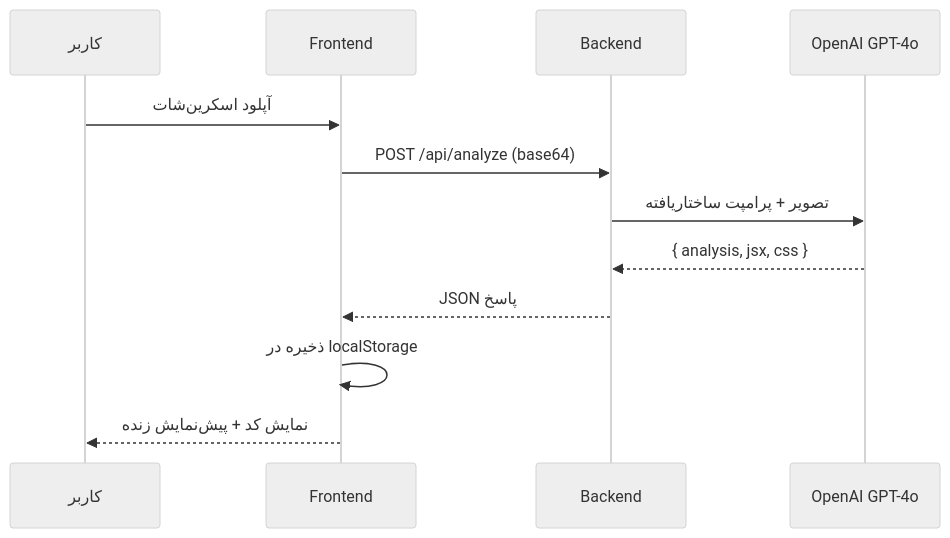
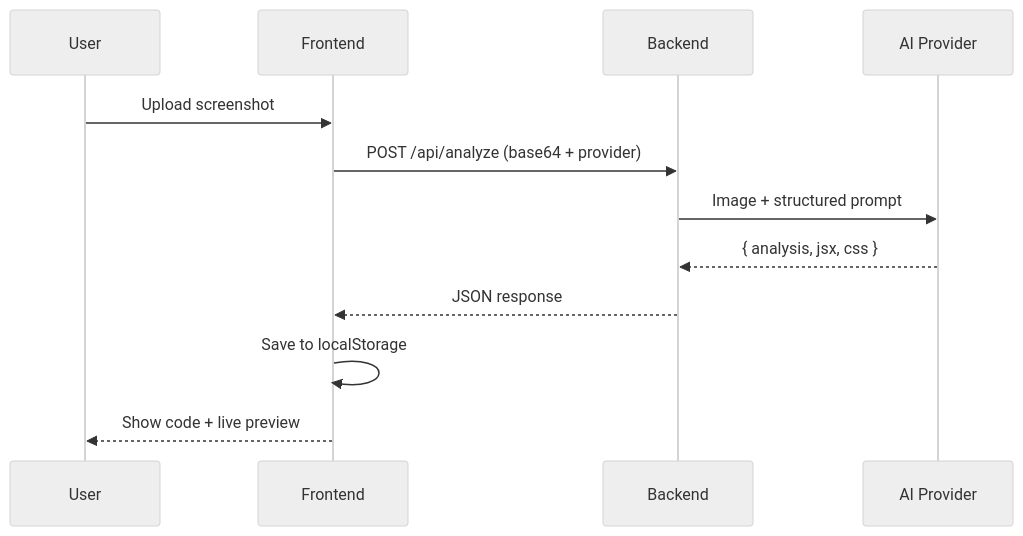
Before and after one commit to AmiraliYavari/UI-Clone-Detector: the diagram in README.md, drawn with Mermaid (neutral theme). The commit also changed other lines of this file and 13 other files, not shown here.

````diff
--- a/README.md
+++ b/README.md
@@ -99,15 +110,15 @@
 ```mermaid
 sequenceDiagram
-    participant U as کاربر
+    participant U as User
     participant F as Frontend
     participant B as Backend
-    participant AI as OpenAI GPT-4o
+    participant AI as AI Provider
 
-    U->>F: آپلود اسکرین‌شات
-    F->>B: POST /api/analyze (base64)
-    B->>AI: تصویر + پرامپت ساختاریافته
+    U->>F: Upload screenshot
+    F->>B: POST /api/analyze (base64 + provider)
+    B->>AI: Image + structured prompt
     AI-->>B: { analysis, jsx, css }
-    B-->>F: JSON پاسخ
-    F->>F: ذخیره در localStorage
-    F-->>U: نمایش کد + پیش‌نمایش زنده
+    B-->>F: JSON response
+    F->>F: Save to localStorage
+    F-->>U: Show code + live preview
 ```
````
